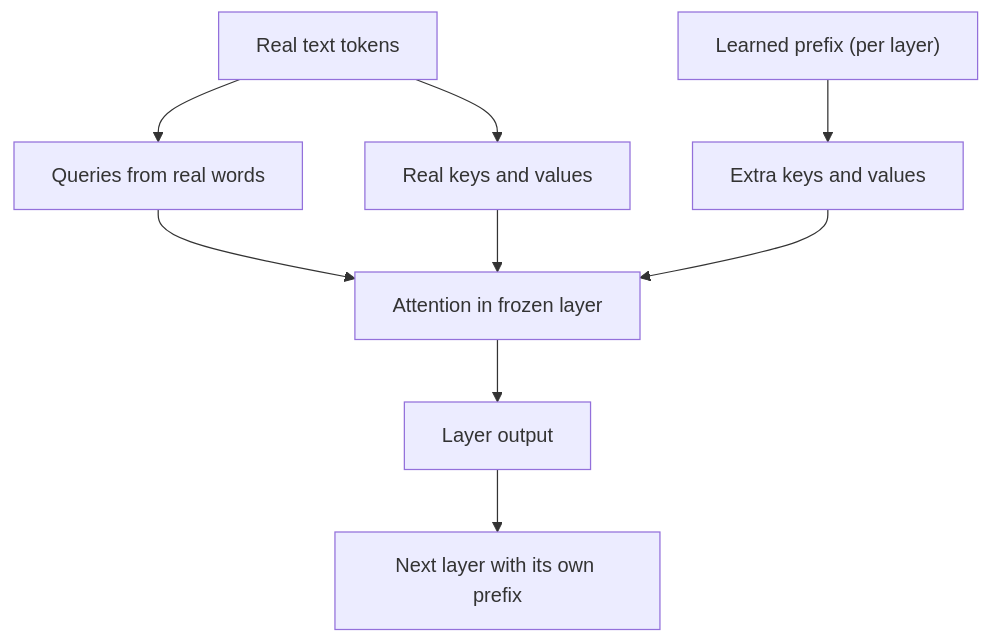
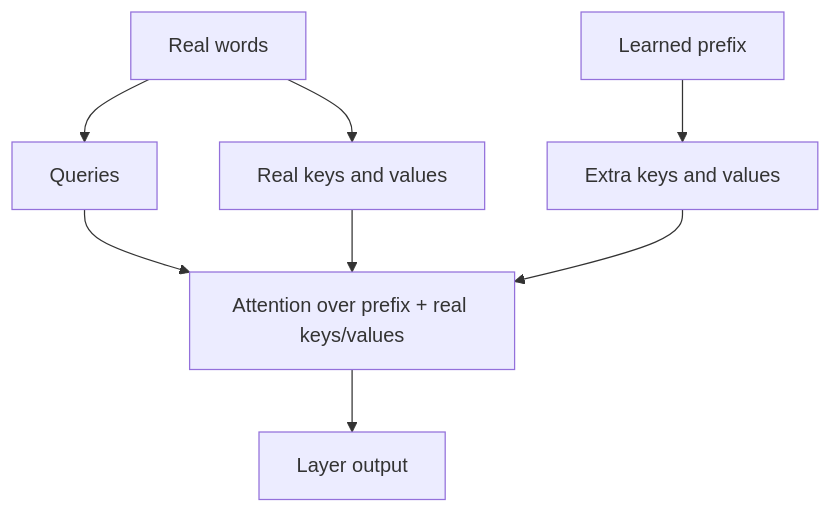
Before and after one commit to kaisarnajar/outcome-school-blogs: the second of 3 diagrams in notes/step-07-training-fine-tuning-and-alignment/085-how-does-prefix-tuning-work.md, drawn with Mermaid. The commit also changed other lines of this file and 233 other files, not shown here.

````diff
--- a/notes/step-07-training-fine-tuning-and-alignment/085-how-does-prefix-tuning-work.md
+++ b/notes/step-07-training-fine-tuning-and-alignment/085-how-does-prefix-tuning-work.md
@@ -54,11 +90,10 @@
 ```mermaid
 flowchart TD
-    T["Real text tokens"] --> Q["Queries from real words"]
-    T --> RK["Real keys and values"]
-    P["Learned prefix (per layer)"] --> PK["Extra keys and values"]
-    Q --> ATT["Attention in frozen layer"]
-    RK --> ATT
-    PK --> ATT
-    ATT --> OUT["Layer output"]
-    OUT --> NEXT["Next layer with its own prefix"]
+R1["Real words"] --> Q1["Queries"]
+R1 --> K1["Real keys and values"]
+P1["Learned prefix"] --> K2["Extra keys and values"]
+Q1 --> A1["Attention over prefix + real keys/values"]
+K1 --> A1
+K2 --> A1
+A1 --> O1["Layer output"]
 ```
````
